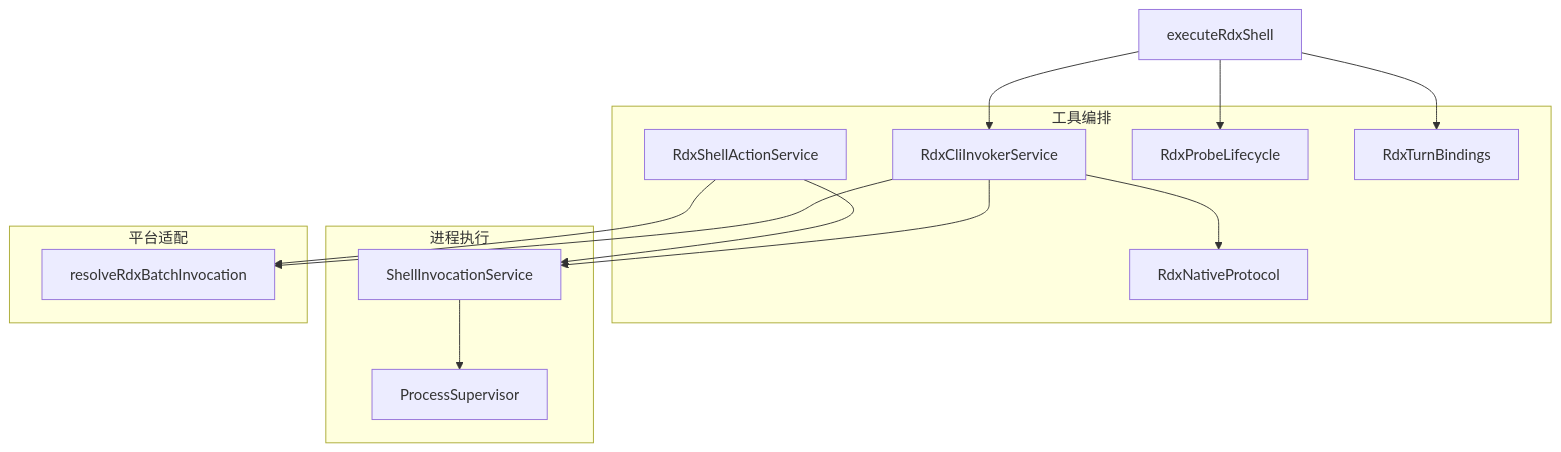
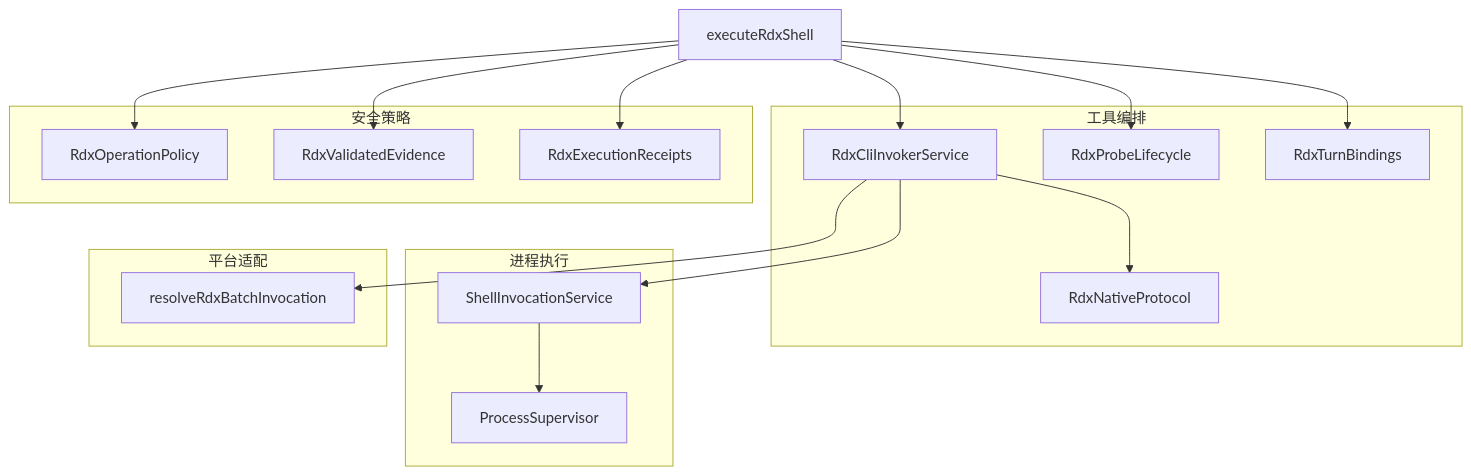
One commit to haolange/RDC-Agent changed the first of 6 diagrams in .qoder/repowiki/zh/content/架构设计/核心组件设计/CLI调用器设计/CLI调用器设计.md. Above: the diagram before and after it, drawn with Mermaid. The commit also changed other lines of this file and 221 other files, not shown here.

````diff
--- a/.qoder/repowiki/zh/content/架构设计/核心组件设计/CLI调用器设计/CLI调用器设计.md
+++ b/.qoder/repowiki/zh/content/架构设计/核心组件设计/CLI调用器设计/CLI调用器设计.md
@@ -46,27 +59,32 @@
 ```mermaid
 graph TB
 subgraph "工具编排"
 A["RdxCliInvokerService"]
-B["RdxShellActionService"]
-C["RdxNativeProtocol"]
-D["RdxProbeLifecycle"]
-E["RdxTurnBindings"]
+B["RdxNativeProtocol"]
+C["RdxProbeLifecycle"]
+D["RdxTurnBindings"]
 end
 subgraph "进程执行"
-F["ShellInvocationService"]
-G["ProcessSupervisor"]
+E["ShellInvocationService"]
+F["ProcessSupervisor"]
+end
+subgraph "安全策略"
+G["RdxOperationPolicy"]
+H["RdxValidatedEvidence"]
+I["RdxExecutionReceipts"]
 end
 subgraph "平台适配"
-H["resolveRdxBatchInvocation"]
+J["resolveRdxBatchInvocation"]
 end
-I["executeRdxShell"]
-A --> F
-B --> F
-A --> C
-A --> H
-B --> H
-F --> G
-I --> A
-I --> D
-I --> E
+K["executeRdxShell"]
+A --> E
+A --> B
+A --> J
+E --> F
+K --> A
+K --> C
+K --> D
+K --> G
+K --> H
+K --> I
 ```
````
